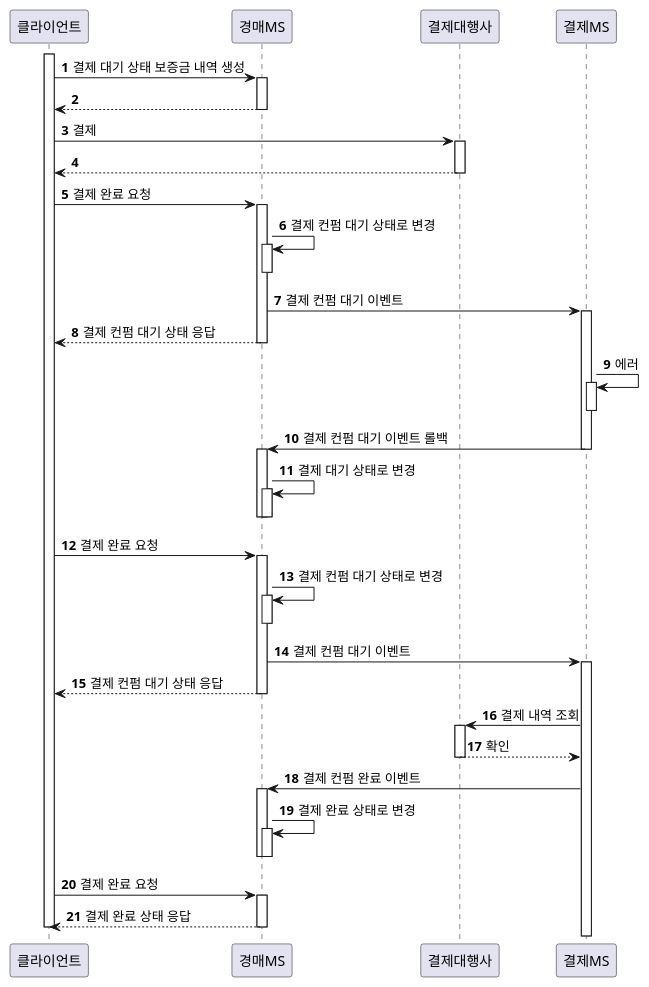
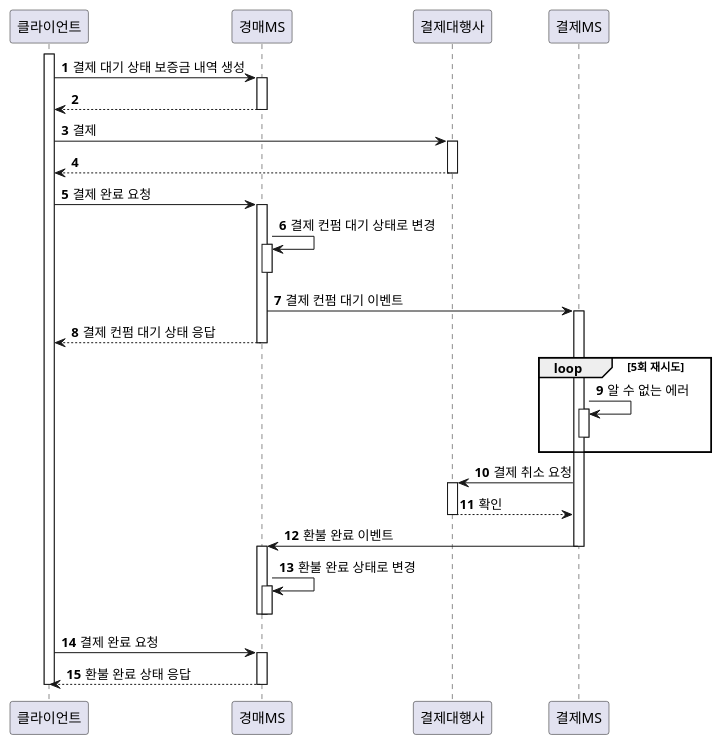
Before and after one commit to p-ser/p-ser-payment: the diagram in diagram/deposit/deposit_error_seq.puml, drawn with PlantUML. The commit also changed 3 other files, not shown here.

```diff
--- a/diagram/deposit/deposit_error_seq.puml
+++ b/diagram/deposit/deposit_error_seq.puml
@@ -1,58 +1,45 @@
 @startuml
 autonumber
 participant 클라이언트
 
 activate 클라이언트
 클라이언트 -> 경매MS: 결제 대기 상태 보증금 내역 생성
     activate 경매MS
     경매MS --> 클라이언트
     deactivate 경매MS
 클라이언트 -> 결제대행사: 결제
     activate 결제대행사
     결제대행사 --> 클라이언트
     deactivate 결제대행사
 
 클라이언트 -> 경매MS: 결제 완료 요청
     activate 경매MS
     경매MS -> 경매MS: 결제 컨펌 대기 상태로 변경
         activate 경매MS
         deactivate 경매MS
     경매MS -> 결제MS: 결제 컨펌 대기 이벤트
         activate 결제MS
     경매MS --> 클라이언트: 결제 컨펌 대기 상태 응답
     deactivate 경매MS
-    결제MS -> 결제MS: 에러
+    loop 5회 재시도
+    결제MS -> 결제MS: 알 수 없는 에러
         activate 결제MS
         deactivate 결제MS
-    결제MS -> 경매MS: 결제 컨펌 대기 이벤트 롤백
+    end
+    결제MS -> 결제대행사: 결제 취소 요청
+        activate 결제대행사
+        결제대행사 --> 결제MS: 확인
+        deactivate 결제대행사
+    결제MS -> 경매MS: 환불 완료 이벤트
     deactivate 결제MS
         activate 경매MS
-        경매MS -> 경매MS: 결제 대기 상태로 변경
+        경매MS -> 경매MS: 환불 완료 상태로 변경
             activate 경매MS
             deactivate 경매MS
         deactivate 경매MS
 클라이언트 -> 경매MS: 결제 완료 요청
     activate 경매MS
-    경매MS -> 경매MS: 결제 컨펌 대기 상태로 변경
-        activate 경매MS
-        deactivate 경매MS
-    경매MS -> 결제MS: 결제 컨펌 대기 이벤트
-        activate 결제MS
-    경매MS --> 클라이언트: 결제 컨펌 대기 상태 응답
-    deactivate 경매MS
-    결제MS -> 결제대행사: 결제 내역 조회
-        activate 결제대행사
-        결제대행사 --> 결제MS: 확인
-        deactivate 결제대행사
-    결제MS -> 경매MS: 결제 컨펌 완료 이벤트
-        activate 경매MS
-        경매MS -> 경매MS: 결제 완료 상태로 변경
-            activate 경매MS
-            deactivate 경매MS
-        deactivate 경매MS
-클라이언트 -> 경매MS: 결제 완료 요청
-    activate 경매MS
-    경매MS --> 클라이언트: 결제 완료 상태 응답
+    경매MS --> 클라이언트: 환불 완료 상태 응답
     deactivate 경매MS
 deactivate 클라이언트
 @enduml
```
